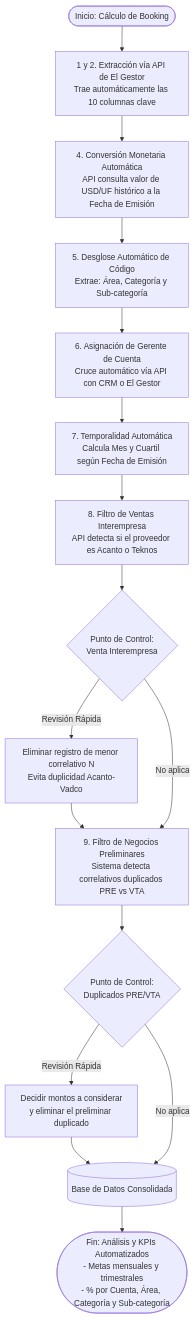
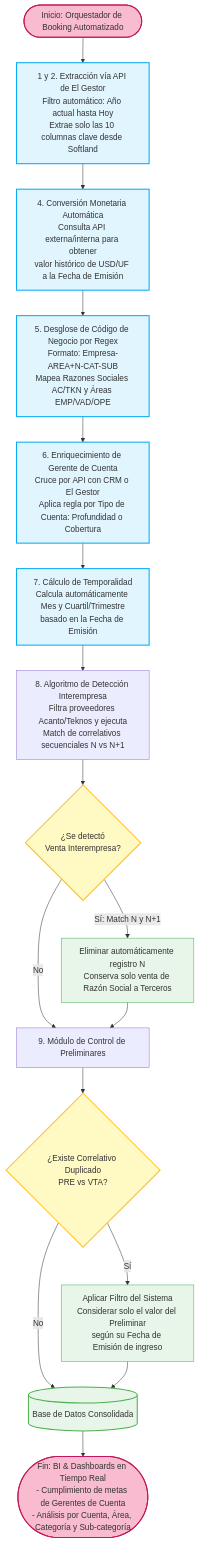
One commit to InsectoTeatro9/mermaid-2 changed the diagram in README.md. Above: the diagram before and after it, drawn with Mermaid.

````diff
--- a/README.md
+++ b/README.md
@@ -1,28 +1,45 @@
 ```mermaid
 flowchart TD
-    Start([Inicio: Cálculo de Booking]) --> API_Extract[1 y 2. Extracción vía API de El Gestor<br>Trae automáticamente las 10 columnas clave]
+    Start([Inicio: Orquestador de Booking Automatizado]) --> API_Extract[1 y 2. Extracción vía API de El Gestor<br>Filtro automático: Año actual hasta Hoy<br>Extrae solo las 10 columnas clave desde Softland]
     
-    API_Extract --> API_USD[4. Conversión Monetaria Automática<br>API consulta valor de USD/UF histórico a la Fecha de Emisión]
+    API_Extract --> API_Currency[4. Conversión Monetaria Automática<br>Consulta API externa/interna para obtener<br>valor histórico de USD/UF a la Fecha de Emisión]
     
-    API_USD --> Auto_Parse[5. Desglose Automático de Código<br>Extrae: Área, Categoría y Sub-categoría]
+    API_Currency --> Auto_Parse[5. Desglose de Código de Negocio por Regex<br>Formato: Empresa-AREA+N-CAT-SUB<br>Mapea Razones Sociales AC/TKN y Áreas EMP/VAD/OPE]
     
-    Auto_Parse --> API_CRM[6. Asignación de Gerente de Cuenta<br>Cruce automático vía API con CRM o El Gestor]
+    Auto_Parse --> API_CRM[6. Enriquecimiento de Gerente de Cuenta<br>Cruce por API con CRM o El Gestor<br>Aplica regla por Tipo de Cuenta: Profundidad o Cobertura]
     
-    API_CRM --> Auto_Time[7. Temporalidad Automática<br>Calcula Mes y Cuartil según Fecha de Emisión]
+    API_CRM --> Auto_Time[7. Cálculo de Temporalidad<br>Calcula automáticamente Mes y Cuartil/Trimestre<br>basado en la Fecha de Emisión]
     
-    Auto_Time --> Filter_Inter[8. Filtro de Ventas Interempresa<br>API detecta si el proveedor es Acanto o Teknos]
+    Auto_Time --> Filter_Inter[8. Algoritmo de Detección Interempresa<br>Filtra proveedores Acanto/Teknos y ejecuta<br>Match de correlativos secuenciales N vs N+1]
     
-    Filter_Inter --> Ctrl_Inter{Punto de Control:<br>Venta Interempresa}
-    Ctrl_Inter -->|Revisión Rápida| Del_Inter[Eliminar registro de menor correlativo N<br>Evita duplicidad Acanto-Vadco]
+    Filter_Inter --> Ctrl_Inter{¿Se detectó<br>Venta Interempresa?}
+    Ctrl_Inter -->|Sí: Match N y N+1| Del_Inter[Eliminar automáticamente registro N<br>Conserva solo venta de Razón Social a Terceros]
+    Ctrl_Inter -->|No| Filter_Prelim[9. Módulo de Control de Preliminares]
     
-    Del_Inter --> Filter_Prelim[9. Filtro de Negocios Preliminares<br>Sistema detecta correlativos duplicados PRE vs VTA]
-    Ctrl_Inter -->|No aplica| Filter_Prelim
+    Del_Inter --> Filter_Prelim
     
-    Filter_Prelim --> Ctrl_Prelim{Punto de Control:<br>Duplicados PRE/VTA}
-    Ctrl_Prelim -->|Revisión Rápida| Adj_Prelim[Decidir montos a considerar<br>y eliminar el preliminar duplicado]
+    Filter_Prelim --> Ctrl_Prelim{¿Existe Correlativo Duplicado<br>PRE vs VTA?}
+    Ctrl_Prelim -->|Sí| Adj_Prelim[Aplicar Filtro del Sistema<br>Considerar solo el valor del Preliminar<br>según su Fecha de Emisión de ingreso]
+    Ctrl_Prelim -->|No| DB_Final[(Base de Datos Consolidada)]
     
-    Adj_Prelim --> DB_Final[(Base de Datos Consolidada)]
-    Ctrl_Prelim -->|No aplica| DB_Final
+    Adj_Prelim --> DB_Final
     
-    DB_Final --> Dashboards([Fin: Análisis y KPIs Automatizados<br>- Metas mensuales y trimestrales<br>- % por Cuenta, Área, Categoría y Sub-categoría])
+    DB_Final --> Dashboards([Fin: BI & Dashboards en Tiempo Real<br>- Cumplimiento de metas de Gerentes de Cuenta<br>- Análisis por Cuenta, Área, Categoría y Sub-categoría])
+
+    %% Estilos para el equipo de desarrollo (Diferenciación de capas)
+    style Start fill:#f8bbd0,stroke:#c2185b,stroke-width:2px
+    style Dashboards fill:#f8bbd0,stroke:#c2185b,stroke-width:2px
+    
+    style API_Extract fill:#e1f5fe,stroke:#03a9f4,stroke-width:2px
+    style API_Currency fill:#e1f5fe,stroke:#03a9f4,stroke-width:2px
+    style Auto_Parse fill:#e1f5fe,stroke:#03a9f4,stroke-width:2px
+    style API_CRM fill:#e1f5fe,stroke:#03a9f4,stroke-width:2px
+    style Auto_Time fill:#e1f5fe,stroke:#03a9f4,stroke-width:2px
+    
+    style Ctrl_Inter fill:#fff9c4,stroke:#fbc02d,stroke-width:2px
+    style Ctrl_Prelim fill:#fff9c4,stroke:#fbc02d,stroke-width:2px
+    
+    style Del_Inter fill:#e8f5e9,stroke:#4caf50,stroke-width:1px
+    style Adj_Prelim fill:#e8f5e9,stroke:#4caf50,stroke-width:1px
+    style DB_Final fill:#e8f5e9,stroke:#4caf50,stroke-width:2px
 ```
````
